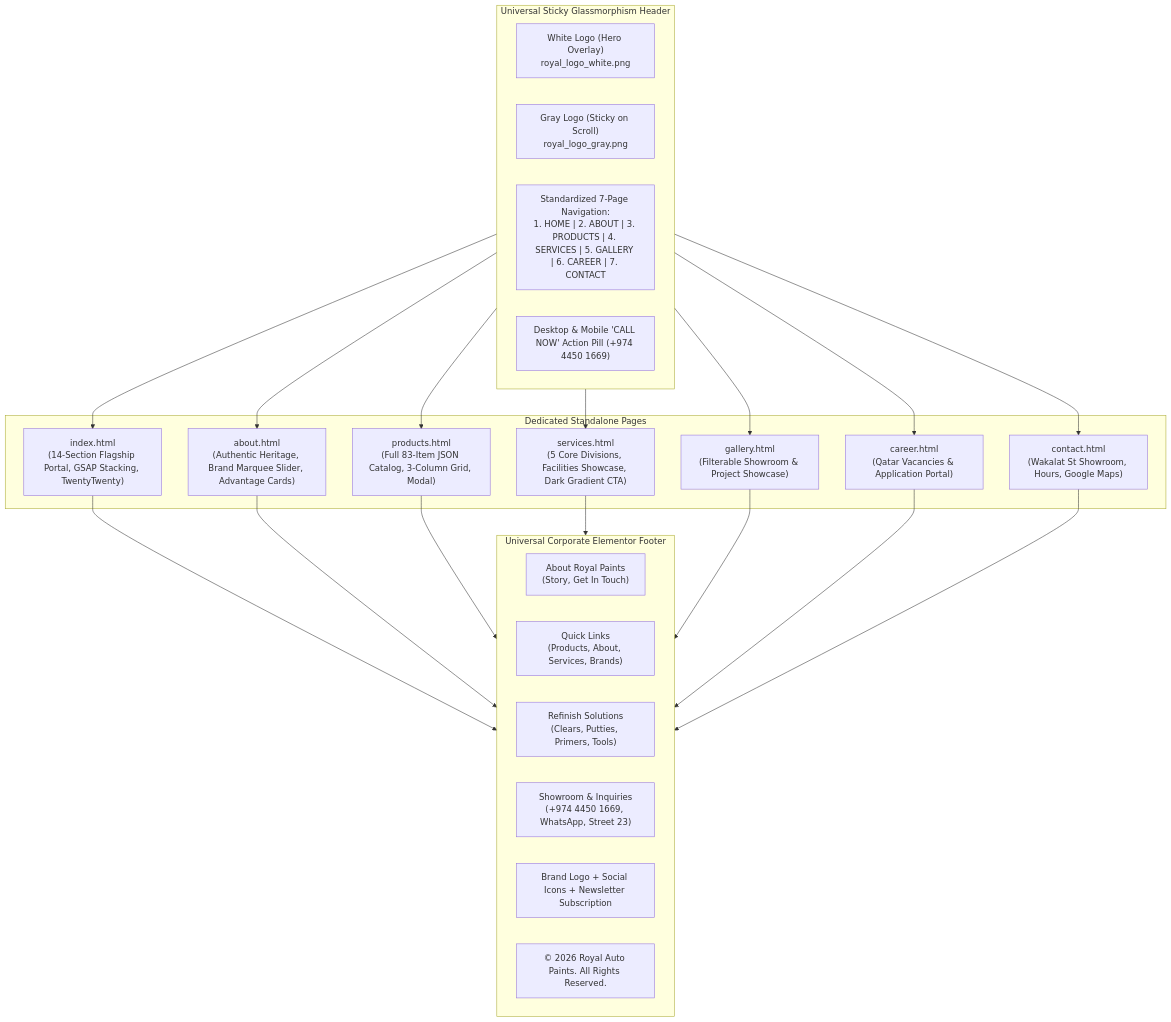
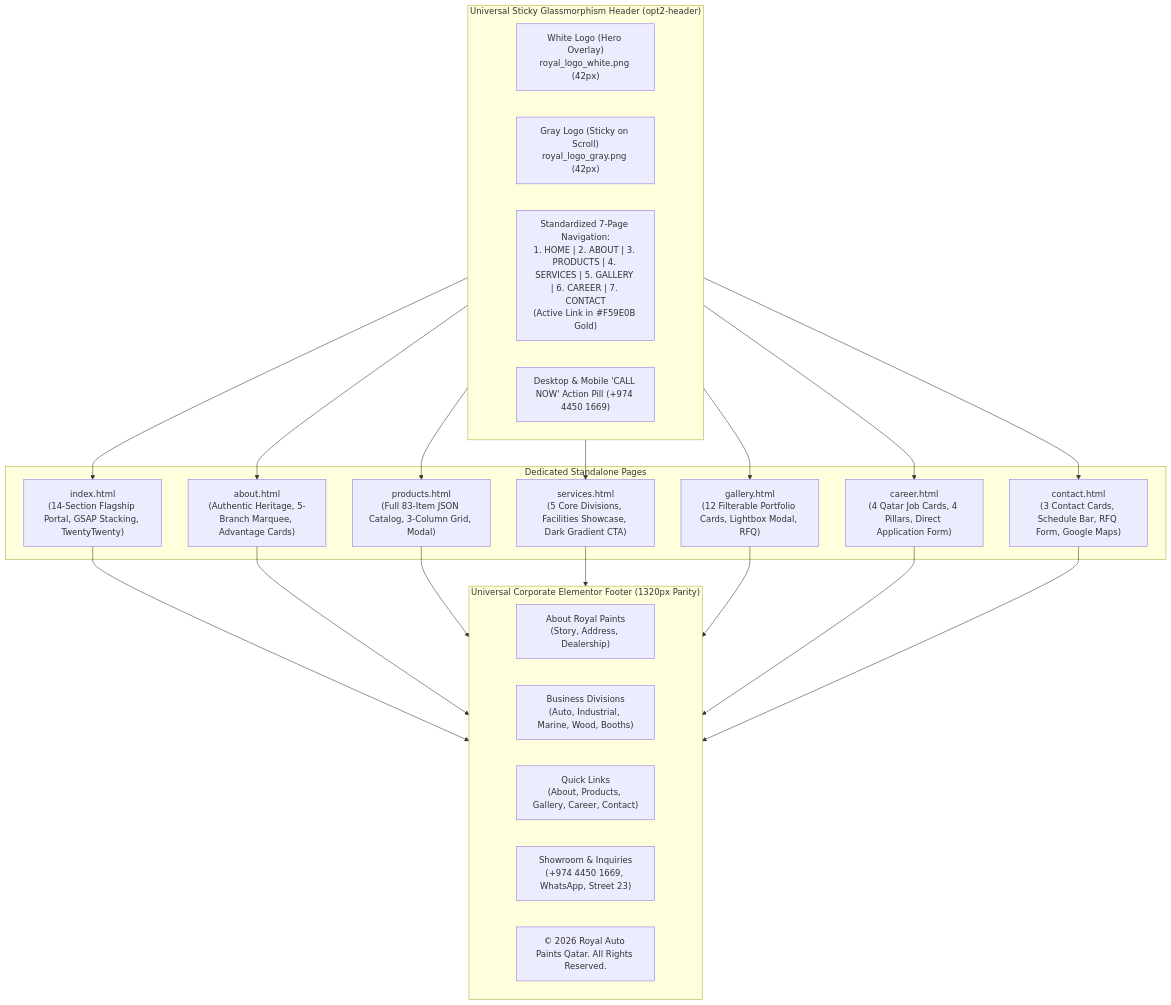
The diagram in docs/blueprint.md (manu-gitxen/royalautopaintsre), drawn with Mermaid before and after one commit. The commit also changed other lines of this file and 2 other files, not shown here.

````diff
--- a/docs/blueprint.md
+++ b/docs/blueprint.md
@@ -110,58 +106,58 @@
 ```mermaid
 flowchart TD
-    subgraph Header["Universal Sticky Glassmorphism Header"]
+    subgraph Header["Universal Sticky Glassmorphism Header (opt2-header)"]
         WhiteLogo["White Logo (Hero Overlay)
-royal_logo_white.png"]
+royal_logo_white.png (42px)"]
         GrayLogo["Gray Logo (Sticky on Scroll)
-royal_logo_gray.png"]
+royal_logo_gray.png (42px)"]
         NavLinks["Standardized 7-Page Navigation:
-1. HOME | 2. ABOUT | 3. PRODUCTS | 4. SERVICES | 5. GALLERY | 6. CAREER | 7. CONTACT"]
+1. HOME | 2. ABOUT | 3. PRODUCTS | 4. SERVICES | 5. GALLERY | 6. CAREER | 7. CONTACT
+(Active Link in #F59E0B Gold)"]
         CallPill["Desktop & Mobile 'CALL NOW' Action Pill (+974 4450 1669)"]
     end
 
     subgraph Pages["Dedicated Standalone Pages"]
         HomePg["index.html
 (14-Section Flagship Portal, GSAP Stacking, TwentyTwenty)"]
         AboutPg["about.html
-(Authentic Heritage, Brand Marquee Slider, Advantage Cards)"]
+(Authentic Heritage, 5-Branch Marquee, Advantage Cards)"]
         ProductsPg["products.html
 (Full 83-Item JSON Catalog, 3-Column Grid, Modal)"]
         ServicesPg["services.html
 (5 Core Divisions, Facilities Showcase, Dark Gradient CTA)"]
         GalleryPg["gallery.html
-(Filterable Showroom & Project Showcase)"]
+(12 Filterable Portfolio Cards, Lightbox Modal, RFQ)"]
         CareerPg["career.html
-(Qatar Vacancies & Application Portal)"]
+(4 Qatar Job Cards, 4 Pillars, Direct Application Form)"]
         ContactPg["contact.html
-(Wakalat St Showroom, Hours, Google Maps)"]
+(3 Contact Cards, Schedule Bar, RFQ Form, Google Maps)"]
     end
 
-    subgraph Footer["Universal Corporate Elementor Footer"]
+    subgraph Footer["Universal Corporate Elementor Footer (1320px Parity)"]
         Col1["About Royal Paints
-(Story, Get In Touch)"]
-        Col2["Quick Links
-(Products, About, Services, Brands)"]
-        Col3["Refinish Solutions
-(Clears, Putties, Primers, Tools)"]
+(Story, Address, Dealership)"]
+        Col2["Business Divisions
+(Auto, Industrial, Marine, Wood, Booths)"]
+        Col3["Quick Links
+(About, Products, Gallery, Career, Contact)"]
         Col4["Showroom & Inquiries
 (+974 4450 1669, WhatsApp, Street 23)"]
-        NewsletterBar["Brand Logo + Social Icons + Newsletter Subscription"]
-        CopyrightBar["© 2026 Royal Auto Paints. All Rights Reserved."]
+        CopyrightBar["© 2026 Royal Auto Paints Qatar. All Rights Reserved."]
     end
 
     Header --> HomePg
     Header --> AboutPg
     Header --> ProductsPg
     Header --> ServicesPg
     Header --> GalleryPg
     Header --> CareerPg
     Header --> ContactPg
 
     HomePg --> Footer
     AboutPg --> Footer
     ProductsPg --> Footer
     ServicesPg --> Footer
     GalleryPg --> Footer
     CareerPg --> Footer
     ContactPg --> Footer
 ```
````
